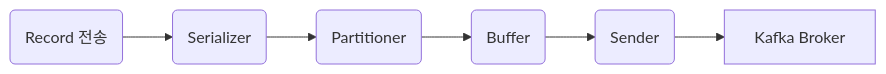
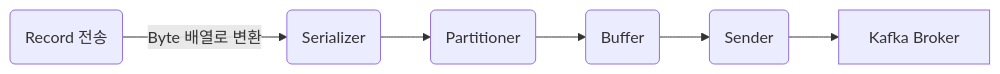
Before and after one commit to KwakTaeMin/KwakTaeMin.github.io: the diagram in _posts/2023-07-17-Kafka 프로듀서(producer)(3).md, drawn with Mermaid.

Commit message:
카프카 프로듀서 포스팅

```diff
--- a/_posts/2023-07-17-Kafka 프로듀서(producer)(3).md
+++ b/_posts/2023-07-17-Kafka 프로듀서(producer)(3).md
@@ -27,8 +27,8 @@
 <div class="mermaid"> 
 graph LR;
-  A(Record 전송)-->B(Serializer);
+  A(Record 전송)-->|Byte 배열로 변환|B(Serializer);
   B-->C(Partitioner);
   C-->D(Buffer);
   D-->F(Sender);
   F-->G[Kafka Broker];
 </div>
```
